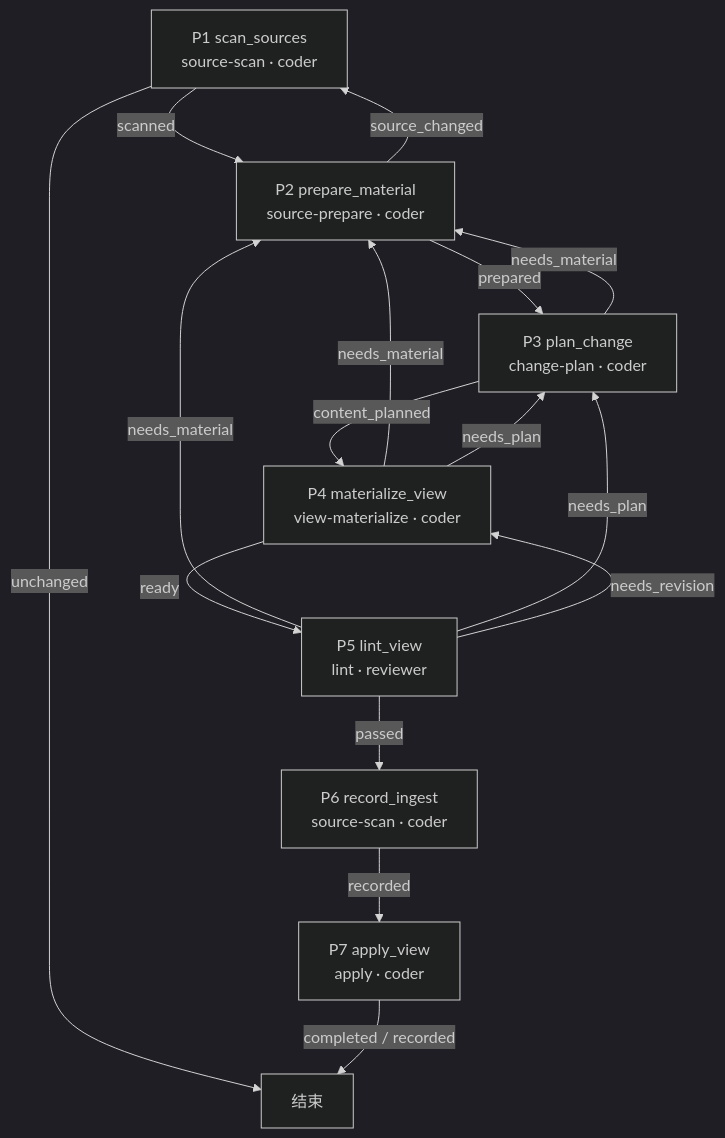
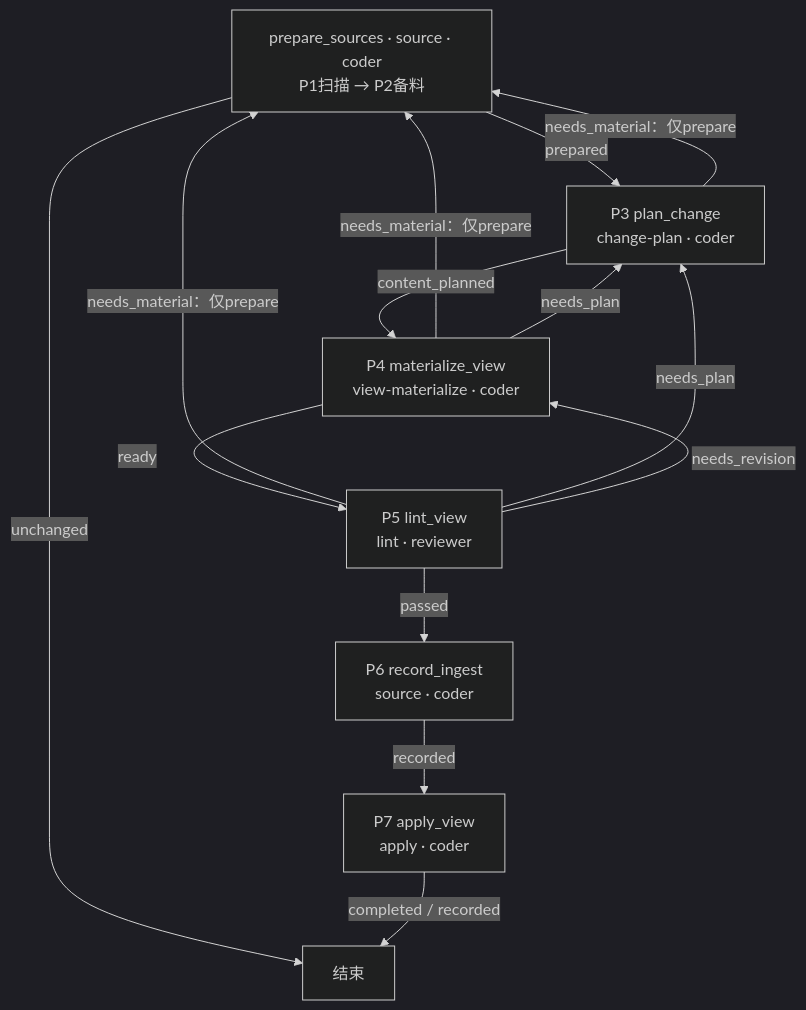
Before and after one commit to Robin-hhc/FactumCore: the fourth of 27 diagrams in himate-knowledge-wifi-mp/docs-llm-wiki/知识库详细设计.md, drawn with Mermaid (dark theme). The commit also changed other lines of this file and 112 other files, not shown here.

````diff
--- a/himate-knowledge-wifi-mp/docs-llm-wiki/知识库详细设计.md
+++ b/himate-knowledge-wifi-mp/docs-llm-wiki/知识库详细设计.md
@@ -156,18 +156,16 @@
 ```mermaid
 flowchart TD
-    P1["P1 scan_sources<br/>source-scan · coder"] -->|scanned| P2["P2 prepare_material<br/>source-prepare · coder"]
-    P1 -->|unchanged| END["结束"]
-    P2 -->|prepared| P3["P3 plan_change<br/>change-plan · coder"]
-    P2 -->|source_changed| P1
+    SOURCE["prepare_sources · source · coder<br/>P1扫描 → P2备料"] -->|prepared| P3["P3 plan_change<br/>change-plan · coder"]
+    SOURCE -->|unchanged| END["结束"]
     P3 -->|content_planned| P4["P4 materialize_view<br/>view-materialize · coder"]
-    P3 -->|needs_material| P2
+    P3 -->|needs_material：仅prepare| SOURCE
     P4 -->|ready| P5["P5 lint_view<br/>lint · reviewer"]
-    P4 -->|needs_material| P2
+    P4 -->|needs_material：仅prepare| SOURCE
     P4 -->|needs_plan| P3
-    P5 -->|needs_material| P2
+    P5 -->|needs_material：仅prepare| SOURCE
     P5 -->|needs_plan| P3
     P5 -->|needs_revision| P4
-    P5 -->|passed| P6["P6 record_ingest<br/>source-scan · coder"]
+    P5 -->|passed| P6["P6 record_ingest<br/>source · coder"]
     P6 -->|recorded| P7["P7 apply_view<br/>apply · coder"]
     P7 -->|completed / recorded| END
 ```
````
